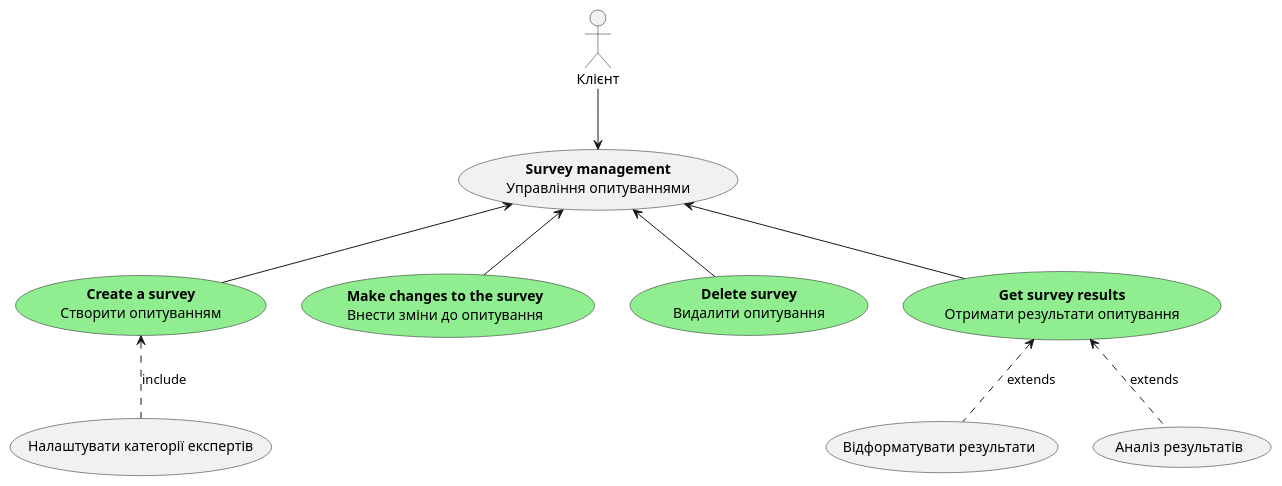
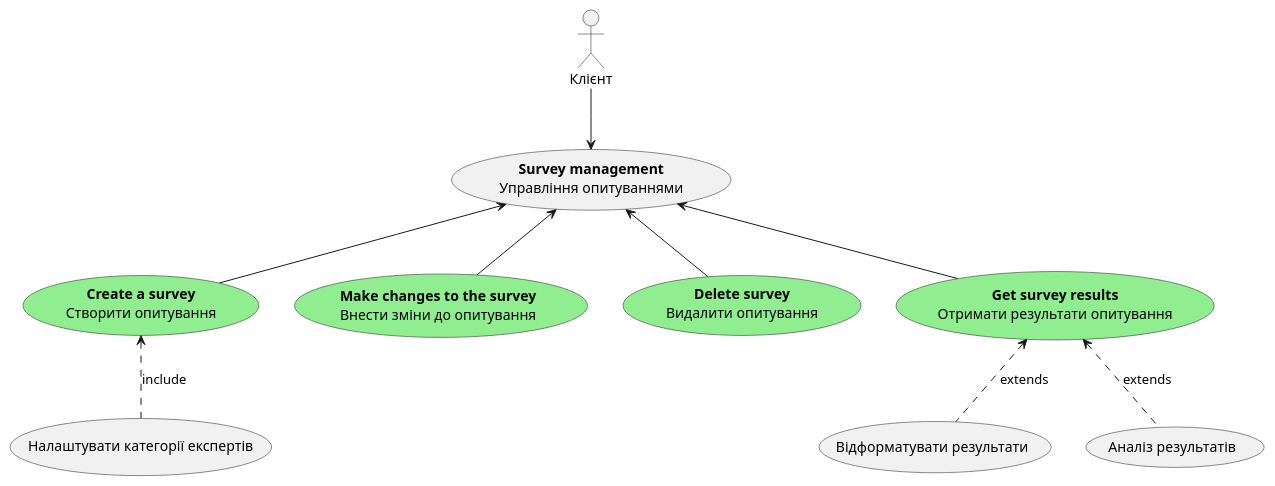
The fourth of 12 diagrams in docs/use cases/README.md (kujo205/db_labs), drawn with PlantUML before and after one commit. The commit also changed other lines of this file, not shown here.

```diff
--- a/docs/use cases/README.md
+++ b/docs/use cases/README.md
@@ -105,29 +105,29 @@
 @startuml
 
     skinparam noteFontColor white
 
     actor "Клієнт" as Client
 
     usecase "<b>Survey management</b>\nУправління опитуваннями" as SM
 
-    usecase "<b>Create a survey</b>\nСтворити опитуванням" as CS #lightgreen
+    usecase "<b>Create a survey</b>\nСтворити опитування" as CS #lightgreen
     usecase "<b>Make changes to the survey</b>\nВнести зміни до опитування" as MCS #lightgreen 
     usecase "<b>Delete survey</b>\nВидалити опитування" as DS #lightgreen
     usecase "<b>Get survey results</b>\nОтримати результати опитування" as GSR #lightgreen
 
     usecase "Відформатувати результати" as Form
     usecase "Аналіз результатів" as An
     usecase "Налаштувати категорії експертів" as Acc
     
     Client -d-> SM
 
     SM <-d- CS 
     SM <-d- MCS 
     SM <-d- DS 
     SM <-d- GSR
 
     CS <.d. Acc:include
     GSR <.d. Form:extends
     GSR <.d. An:extends
 
 @enduml
```
